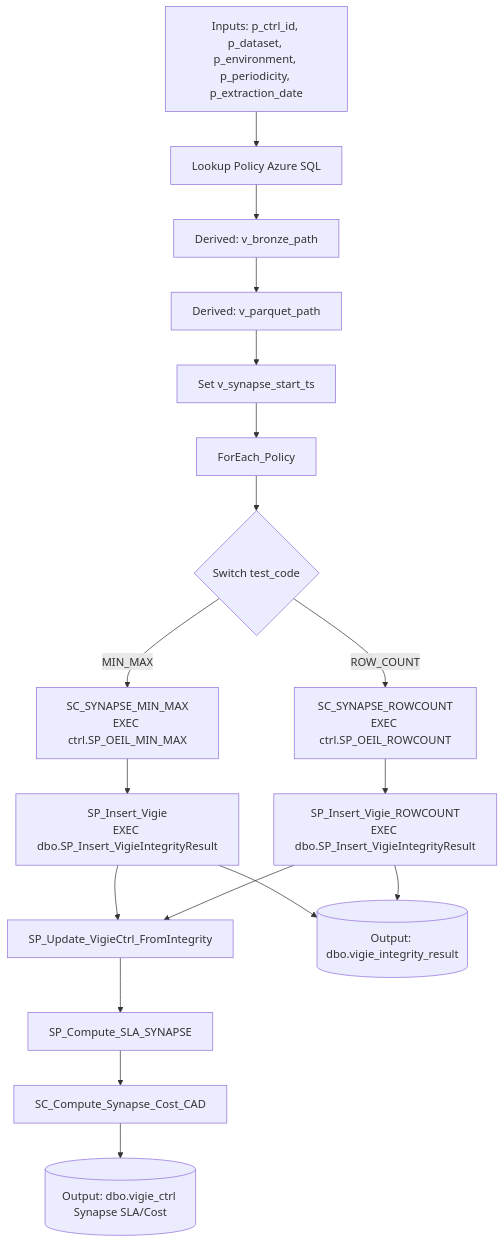
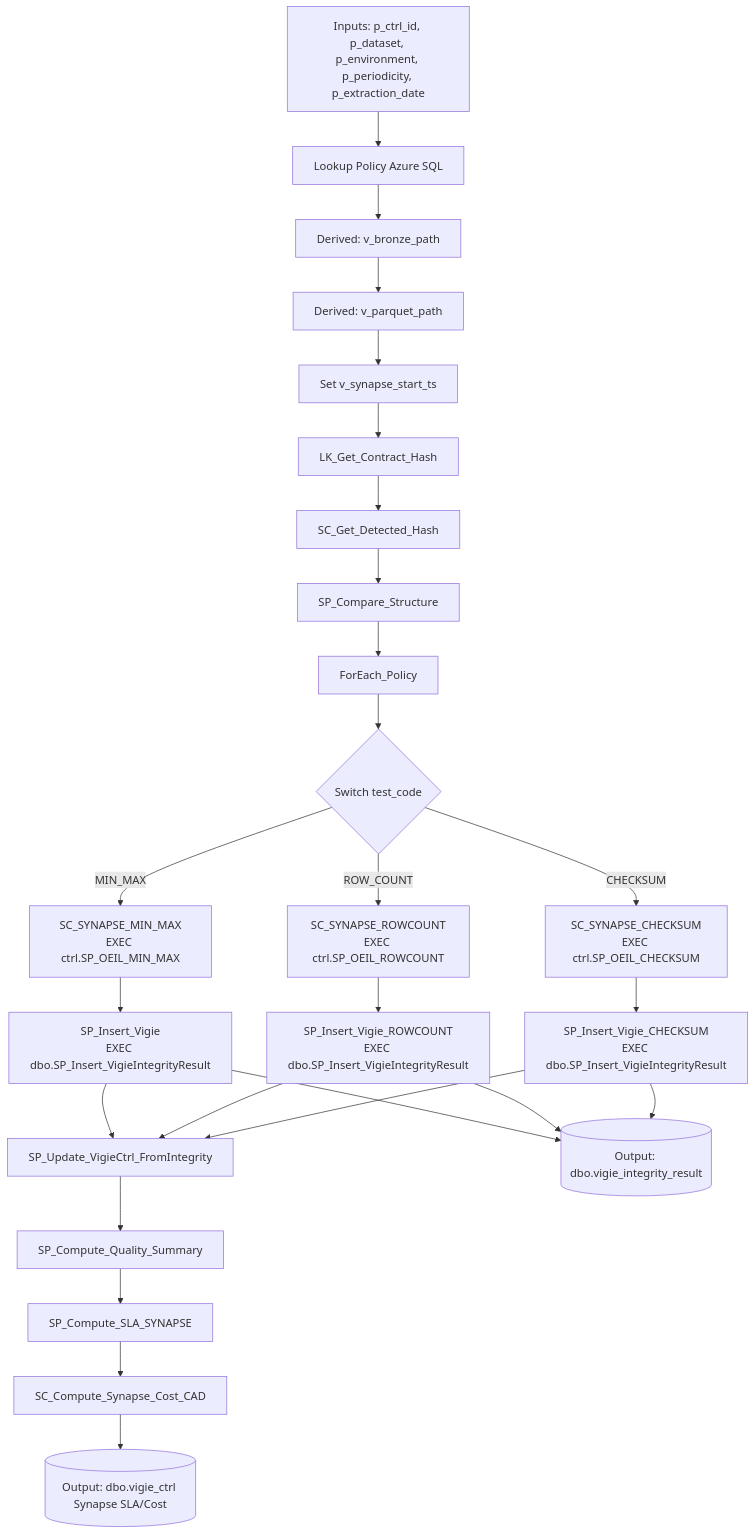
Before and after one commit to lawiz22/OeilTest: the third of 3 diagrams in docs/technical_reference/adf_pipelines.md, drawn with Mermaid. The commit also changed other lines of this file and 1 other file, not shown here.

Commit message:
feat: enhance PL_Oeil_Quality_Engine with new activities for structure comparison and checksum validation

````diff
--- a/docs/technical_reference/adf_pipelines.md
+++ b/docs/technical_reference/adf_pipelines.md
@@ -327,24 +336,33 @@
 ```mermaid
 flowchart TD
 		A[Inputs: p_ctrl_id, p_dataset, p_environment, p_periodicity, p_extraction_date] --> B[Lookup Policy Azure SQL]
 		B --> C[Derived: v_bronze_path]
 		C --> D[Derived: v_parquet_path]
 		D --> E[Set v_synapse_start_ts]
-		E --> F[ForEach_Policy]
-		F --> G{Switch test_code}
+		E --> F[LK_Get_Contract_Hash]
+		F --> G[SC_Get_Detected_Hash]
+		G --> H[SP_Compare_Structure]
+		H --> I[ForEach_Policy]
+		I --> J{Switch test_code}
 
-		G -->|MIN_MAX| H[SC_SYNAPSE_MIN_MAX\nEXEC ctrl.SP_OEIL_MIN_MAX]
-		H --> I[SP_Insert_Vigie\nEXEC dbo.SP_Insert_VigieIntegrityResult]
+		J -->|MIN_MAX| K[SC_SYNAPSE_MIN_MAX\nEXEC ctrl.SP_OEIL_MIN_MAX]
+		K --> L[SP_Insert_Vigie\nEXEC dbo.SP_Insert_VigieIntegrityResult]
 
-		G -->|ROW_COUNT| J[SC_SYNAPSE_ROWCOUNT\nEXEC ctrl.SP_OEIL_ROWCOUNT]
-		J --> K[SP_Insert_Vigie_ROWCOUNT\nEXEC dbo.SP_Insert_VigieIntegrityResult]
+		J -->|ROW_COUNT| M[SC_SYNAPSE_ROWCOUNT\nEXEC ctrl.SP_OEIL_ROWCOUNT]
+		M --> N[SP_Insert_Vigie_ROWCOUNT\nEXEC dbo.SP_Insert_VigieIntegrityResult]
 
-		I --> L[SP_Update_VigieCtrl_FromIntegrity]
-		K --> L
-		L --> M[SP_Compute_SLA_SYNAPSE]
-		M --> N[SC_Compute_Synapse_Cost_CAD]
+		J -->|CHECKSUM| O[SC_SYNAPSE_CHECKSUM\nEXEC ctrl.SP_OEIL_CHECKSUM]
+		O --> P[SP_Insert_Vigie_CHECKSUM\nEXEC dbo.SP_Insert_VigieIntegrityResult]
 
-		N --> O[(Output: dbo.vigie_ctrl Synapse SLA/Cost)]
-		I --> P[(Output: dbo.vigie_integrity_result)]
-		K --> P
+		L --> Q[SP_Update_VigieCtrl_FromIntegrity]
+		N --> Q
+		P --> Q
+		Q --> R[SP_Compute_Quality_Summary]
+		R --> S[SP_Compute_SLA_SYNAPSE]
+		S --> T[SC_Compute_Synapse_Cost_CAD]
+
+		T --> U[(Output: dbo.vigie_ctrl Synapse SLA/Cost)]
+		L --> V[(Output: dbo.vigie_integrity_result)]
+		N --> V
+		P --> V
 ```
````
